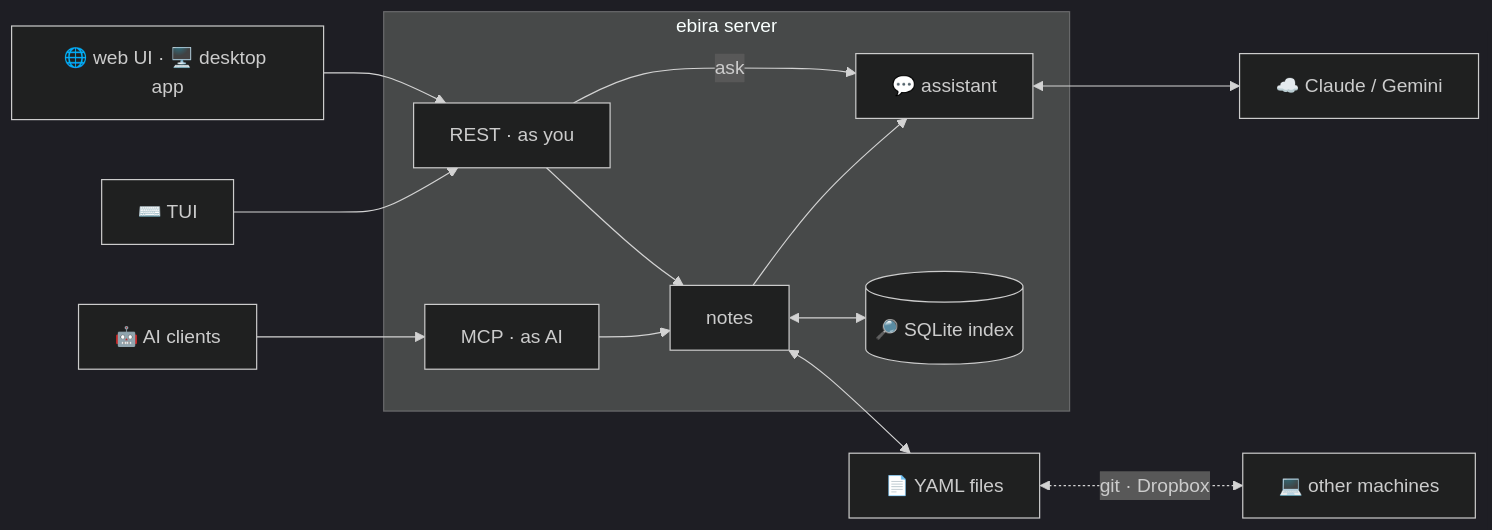
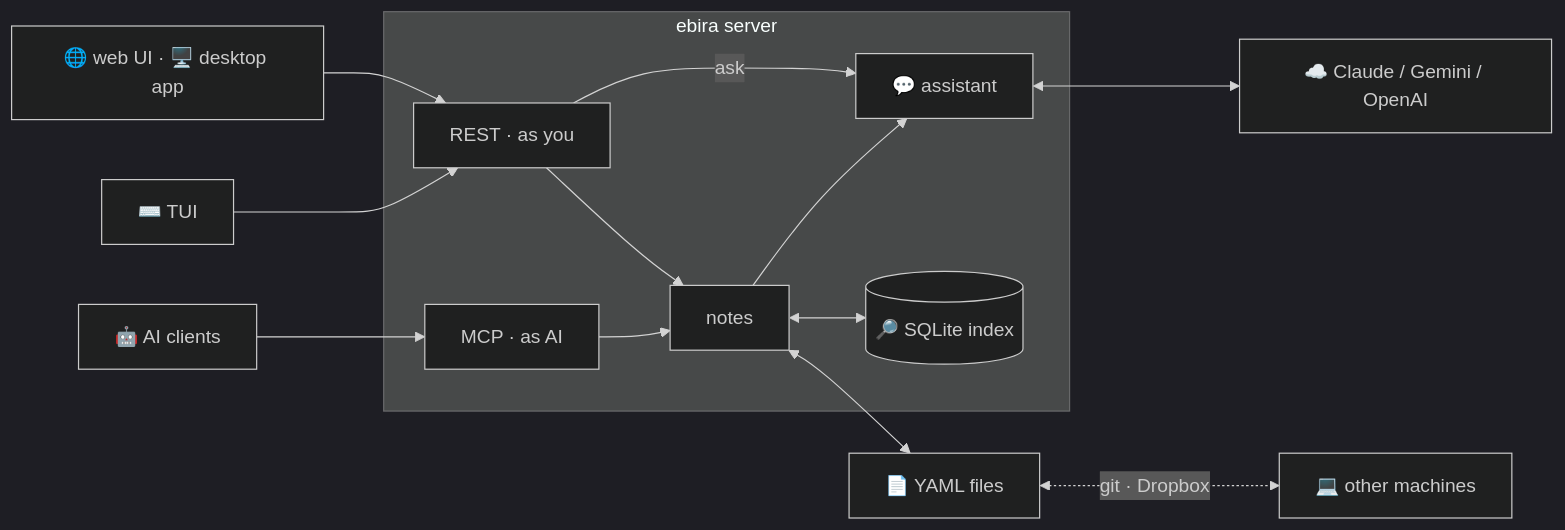
The diagram in README.md (ikawaha/ebira), drawn with Mermaid (dark theme) before and after one commit. The commit also changed other lines of this file and 26 other files, not shown here.

````diff
--- a/README.md
+++ b/README.md
@@ -43,20 +43,20 @@
 ```mermaid
 flowchart LR
   W["🌐 web UI · 🖥️ desktop app"] --> R
   T["⌨️ TUI"] --> R
   C["🤖 AI clients"] --> M
   subgraph S["ebira server"]
     R["REST · as you"]
     M["MCP · as AI"]
     N["notes"]
     A["💬 assistant"]
     I[("🔎 SQLite index")]
     R & M --> N
     R -->|"ask"| A
     N --> A
     N <--> I
   end
-  A <--> L["☁️ Claude / Gemini"]
+  A <--> L["☁️ Claude / Gemini / OpenAI"]
   N <--> F["📄 YAML files"]
   F <-.->|"git · Dropbox"| O["💻 other machines"]
 ```
````
